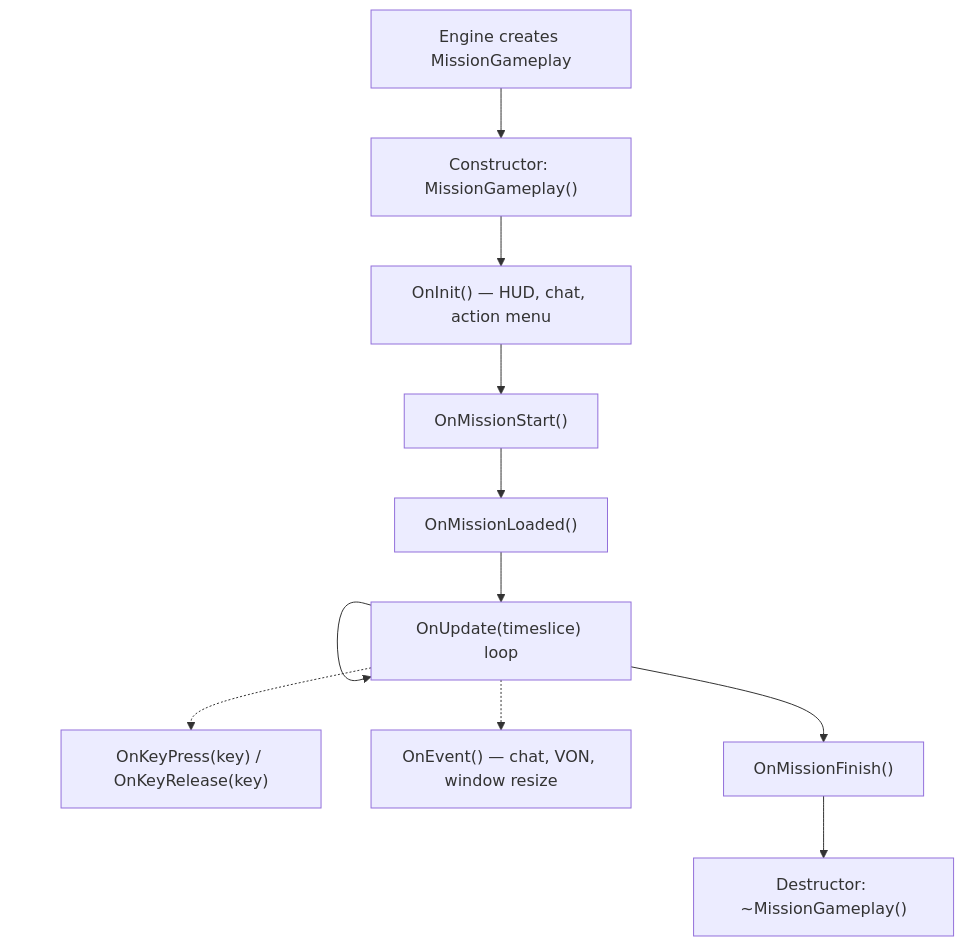
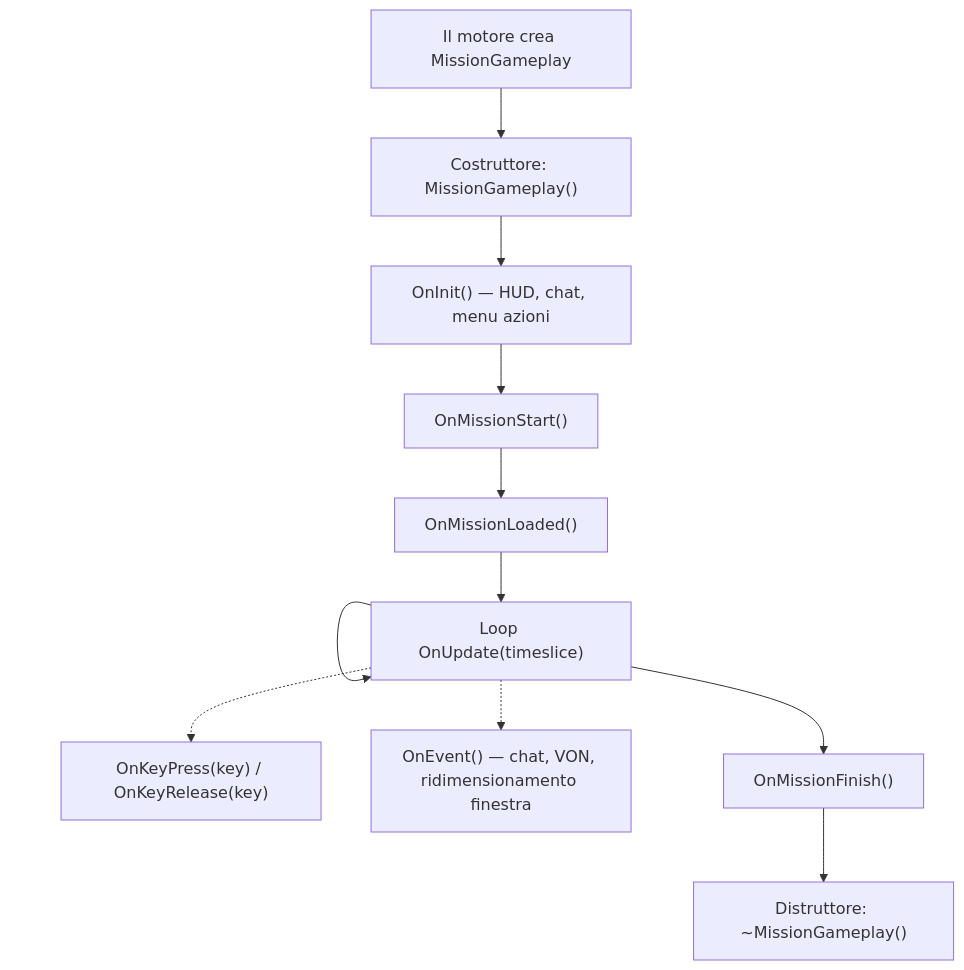
Before and after one commit to StarDZ-Team/DayZ-Modding-Wiki: the second of 5 diagrams in it/06-engine-api/11-mission-hooks.md, drawn with Mermaid. The commit also changed other lines of this file and 7 other files, not shown here.

````diff
--- a/it/06-engine-api/11-mission-hooks.md
+++ b/it/06-engine-api/11-mission-hooks.md
@@ -56,14 +56,14 @@
 ```mermaid
 flowchart TD
-    A["Engine creates MissionGameplay"] --> B["Constructor: MissionGameplay()"]
-    B --> C["OnInit() — HUD, chat, action menu"]
+    A["Il motore crea MissionGameplay"] --> B["Costruttore: MissionGameplay()"]
+    B --> C["OnInit() — HUD, chat, menu azioni"]
     C --> D["OnMissionStart()"]
     D --> E["OnMissionLoaded()"]
-    E --> F["OnUpdate(timeslice) loop"]
+    E --> F["Loop OnUpdate(timeslice)"]
     F --> F
     F --> G["OnMissionFinish()"]
-    G --> H["Destructor: ~MissionGameplay()"]
+    G --> H["Distruttore: ~MissionGameplay()"]
 
     F -.-> I["OnKeyPress(key) / OnKeyRelease(key)"]
-    F -.-> J["OnEvent() — chat, VON, window resize"]
+    F -.-> J["OnEvent() — chat, VON, ridimensionamento finestra"]
 ```
````
